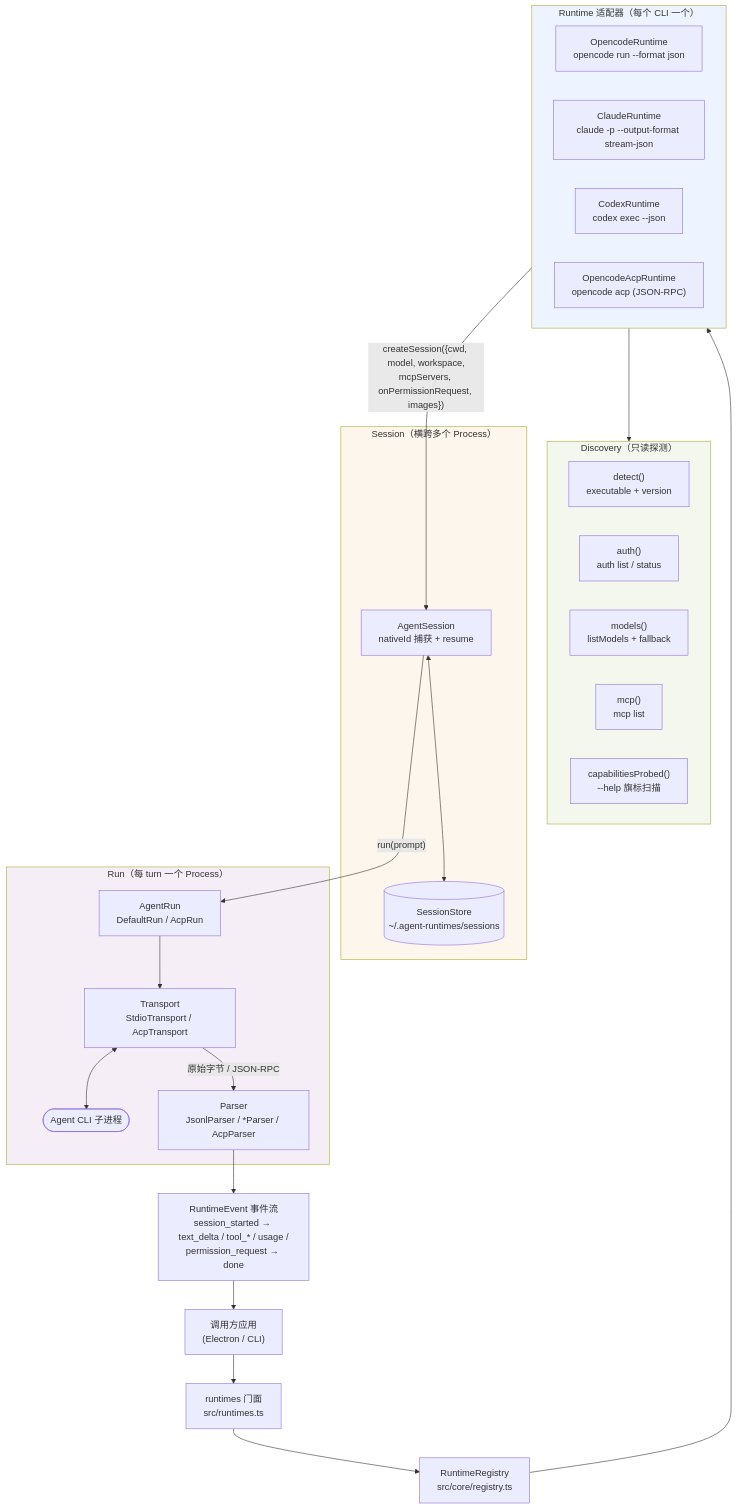
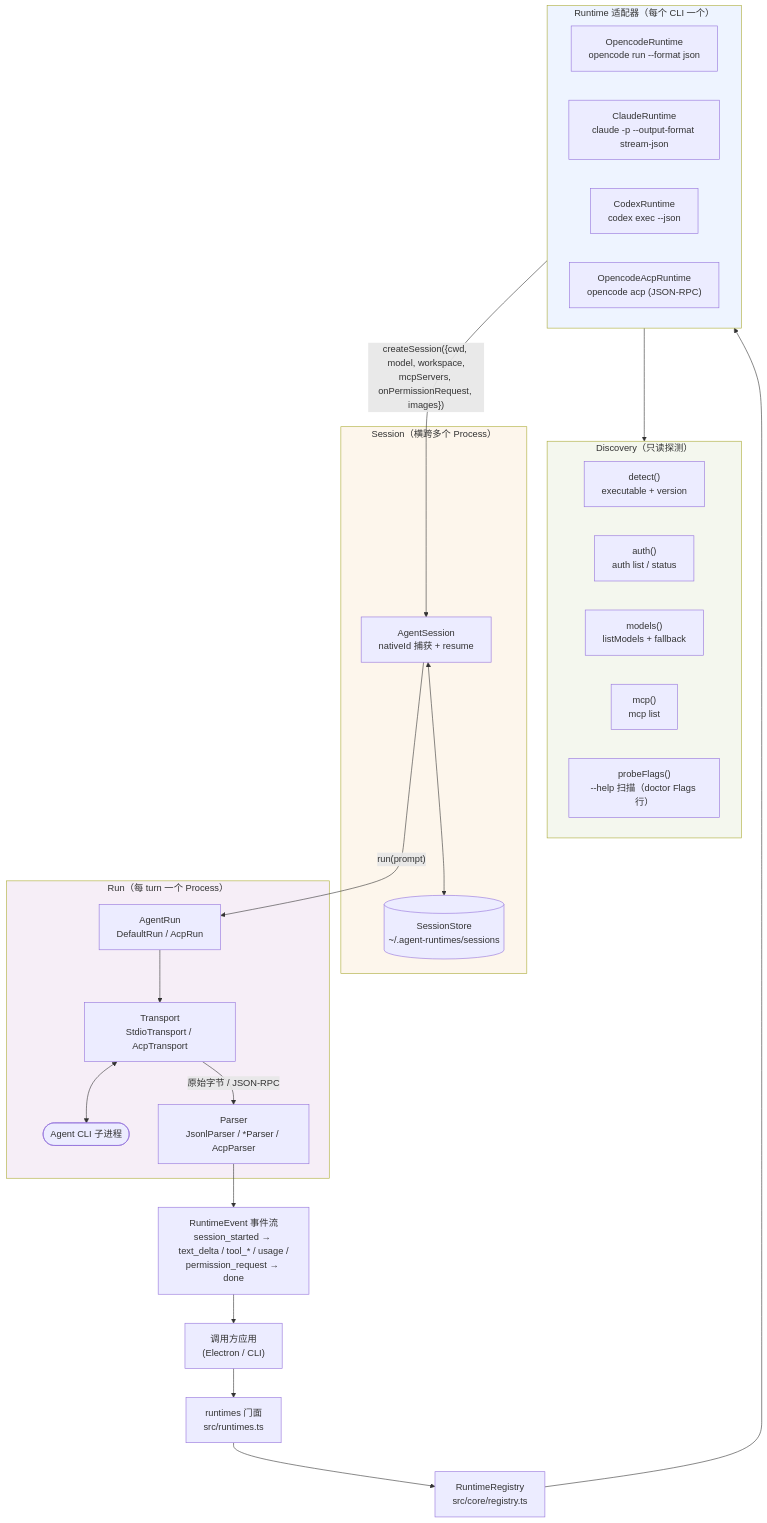
Before and after one commit to StratoSpheres-Labs/agent-runtimes: the diagram in docs/development.zh-CN.md, drawn with Mermaid. The commit also changed other lines of this file and 16 other files, not shown here.

````diff
--- a/docs/development.zh-CN.md
+++ b/docs/development.zh-CN.md
@@ -79,48 +79,48 @@
 ```mermaid
 flowchart TB
     App["调用方应用<br/>(Electron / CLI)"]
     Facade["runtimes 门面<br/>src/runtimes.ts"]
     Registry["RuntimeRegistry<br/>src/core/registry.ts"]
 
     subgraph Runtimes["Runtime 适配器（每个 CLI 一个）"]
         OC["OpencodeRuntime<br/>opencode run --format json"]
         CL["ClaudeRuntime<br/>claude -p --output-format stream-json"]
         CX["CodexRuntime<br/>codex exec --json"]
         ACP["OpencodeAcpRuntime<br/>opencode acp (JSON-RPC)"]
     end
 
     subgraph Discovery["Discovery（只读探测）"]
         DET["detect()<br/>executable + version"]
         AUTH["auth()<br/>auth list / status"]
         MOD["models()<br/>listModels + fallback"]
         MCPD["mcp()<br/>mcp list"]
-        CAP["capabilitiesProbed()<br/>--help 旗标扫描"]
+        CAP["probeFlags()<br/>--help 扫描（doctor Flags 行）"]
     end
 
     subgraph SessionLayer["Session（横跨多个 Process）"]
         SES["AgentSession<br/>nativeId 捕获 + resume"]
         STORE[("SessionStore<br/>~/.agent-runtimes/sessions")]
     end
 
     subgraph RunLayer["Run（每 turn 一个 Process）"]
         RUN["AgentRun<br/>DefaultRun / AcpRun"]
         TR["Transport<br/>StdioTransport / AcpTransport"]
         CLI(["Agent CLI 子进程"])
         PAR["Parser<br/>JsonlParser / *Parser / AcpParser"]
     end
 
     EV["RuntimeEvent 事件流<br/>session_started → text_delta / tool_* / usage /<br/>permission_request → done"]
 
     App --> Facade --> Registry --> Runtimes
     Runtimes --> Discovery
     Runtimes -->|"createSession({cwd, model, workspace,<br/>mcpServers, onPermissionRequest, images})"| SES
     SES <--> STORE
     SES -->|"run(prompt)"| RUN
     RUN --> TR <--> CLI
     TR -->|"原始字节 / JSON-RPC"| PAR --> EV --> App
 
     style Runtimes fill:#eef4ff
     style Discovery fill:#f4f7ee
     style SessionLayer fill:#fdf6ec
     style RunLayer fill:#f6eef7
 ```
````
